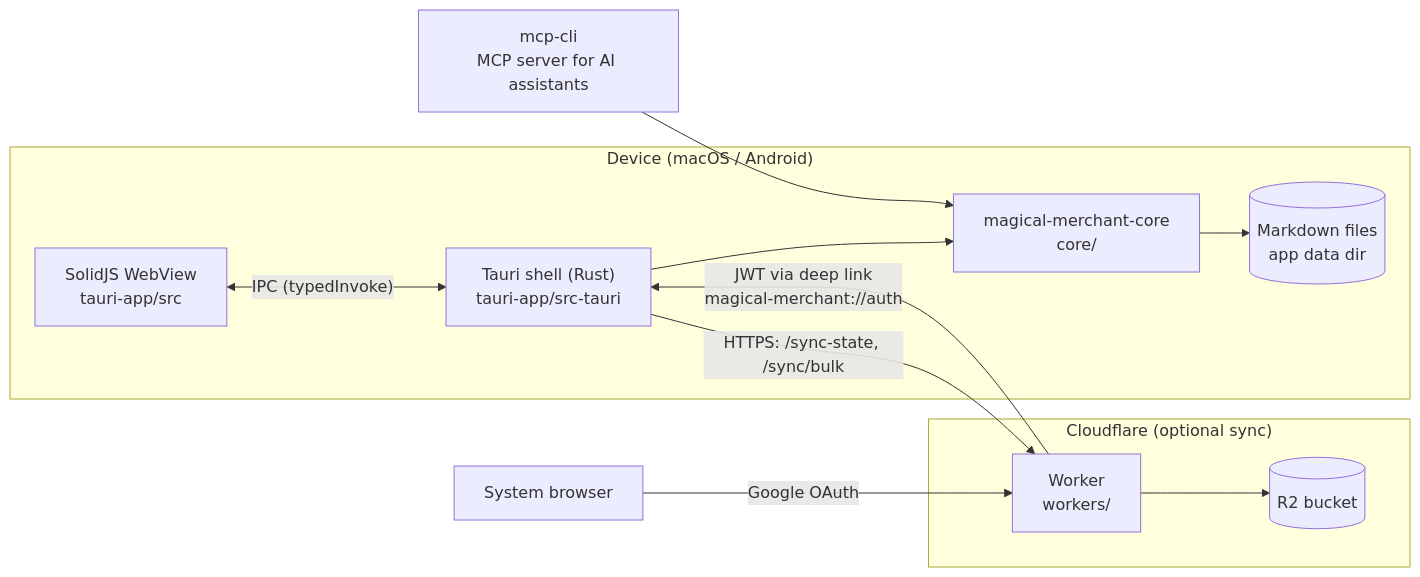
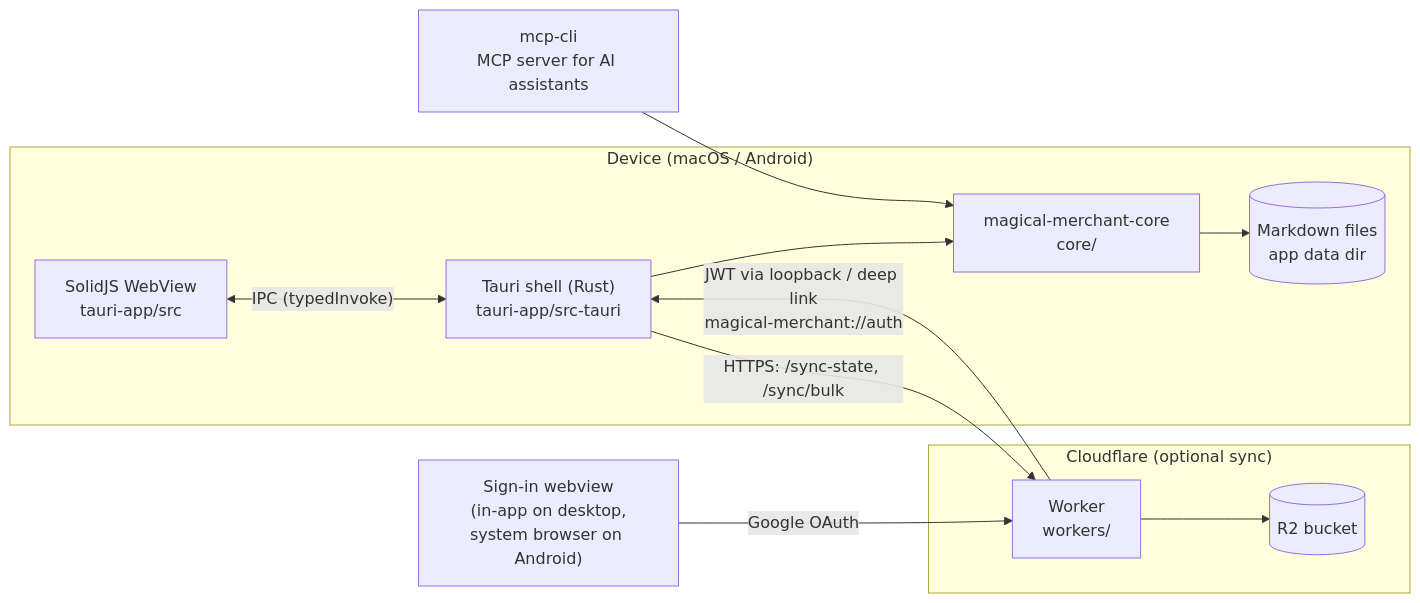
Before and after one commit to Xantibody/magical-merchant: the first of 3 diagrams in docs/introduction.md, drawn with Mermaid. The commit also changed 4 other files, not shown here.

First line of the commit message:
feat(auth): sign in inside the app instead of the system browser

````diff
--- a/docs/introduction.md
+++ b/docs/introduction.md
@@ -14,24 +14,24 @@
 ```mermaid
 flowchart LR
     subgraph Device["Device (macOS / Android)"]
         UI["SolidJS WebView<br/>tauri-app/src"]
         Shell["Tauri shell (Rust)<br/>tauri-app/src-tauri"]
         Core["magical-merchant-core<br/>core/"]
         Files[("Markdown files<br/>app data dir")]
         UI <-- "IPC (typedInvoke)" --> Shell
         Shell --> Core
         Core --> Files
     end
 
     MCP["mcp-cli<br/>MCP server for AI assistants"] --> Core
 
     subgraph Cloud["Cloudflare (optional sync)"]
         Worker["Worker<br/>workers/"]
         R2[("R2 bucket")]
         Worker --> R2
     end
 
     Shell -- "HTTPS: /sync-state, /sync/bulk" --> Worker
-    Browser["System browser"] -- "Google OAuth" --> Worker
-    Worker -- "JWT via deep link<br/>magical-merchant://auth" --> Shell
+    Login["Sign-in webview<br/>(in-app on desktop,<br/>system browser on Android)"] -- "Google OAuth" --> Worker
+    Worker -- "JWT via loopback / deep link<br/>magical-merchant://auth" --> Shell
 ```
````
